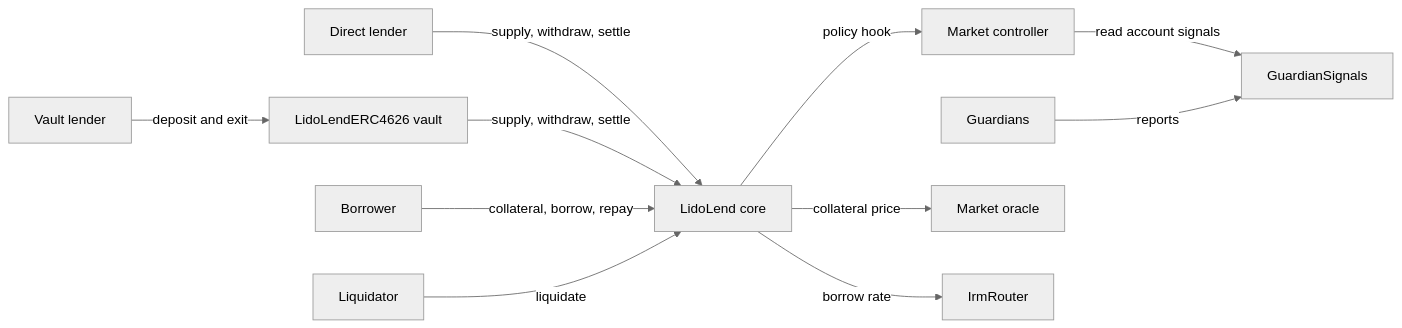
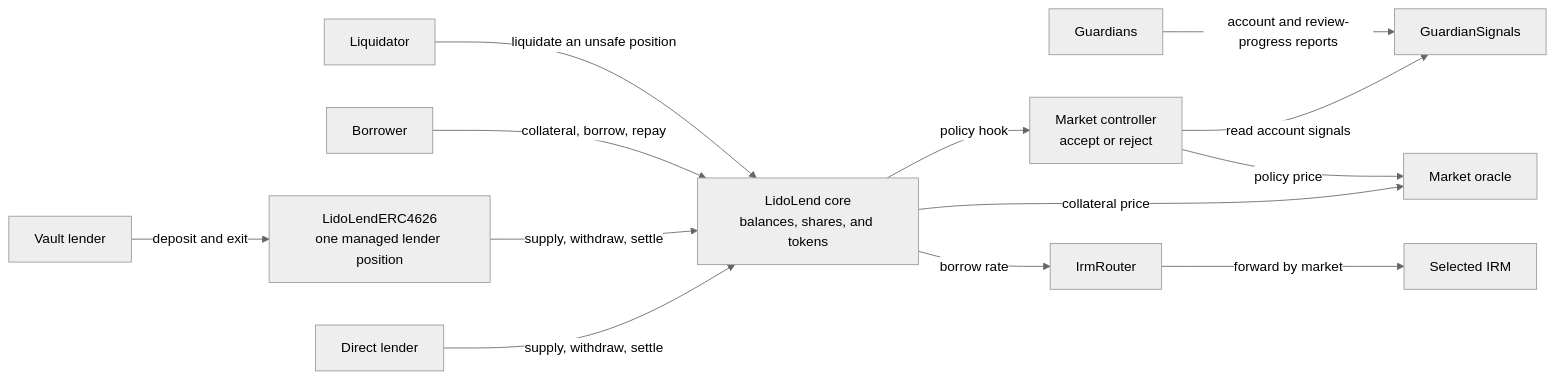
Before and after one commit to lidofinance/docs: the diagram in lend/introduction.md, drawn with Mermaid (neutral theme). The commit also changed 1 other file, not shown here.

Commit message:
docs(lend): use the specification diagram in Introduction and remove the Source note

````diff
--- a/lend/introduction.md
+++ b/lend/introduction.md
@@ -18,13 +18,18 @@
 ```mermaid
 flowchart LR
-    DirectLender["Direct lender"] -->|"supply, withdraw, settle"| Core["LidoLend core"]
-    VaultLender["Vault lender"] -->|"deposit and exit"| Vault["LidoLendERC4626 vault"]
+    DirectLender["Direct lender"] -->|"supply, withdraw, settle"| Core["LidoLend core<br/>balances, shares, and tokens"]
+    VaultLender["Vault lender"] -->|"deposit and exit"| Vault["LidoLendERC4626<br/>one managed lender position"]
     Vault -->|"supply, withdraw, settle"| Core
+
     Borrower["Borrower"] -->|"collateral, borrow, repay"| Core
-    Liquidator["Liquidator"] -->|"liquidate"| Core
-    Core -->|"policy hook"| Controller["Market controller"]
+    Liquidator["Liquidator"] -->|"liquidate an unsafe position"| Core
+
+    Core -->|"policy hook"| Controller["Market controller<br/>accept or reject"]
     Controller -->|"read account signals"| Signals["GuardianSignals"]
-    Guardians["Guardians"] -->|"reports"| Signals
+    Guardians["Guardians"] -->|"account and review-progress reports"| Signals
+
     Core -->|"collateral price"| Oracle["Market oracle"]
+    Controller -->|"policy price"| Oracle
     Core -->|"borrow rate"| Router["IrmRouter"]
+    Router -->|"forward by market"| IRM["Selected IRM"]
 ```
````
